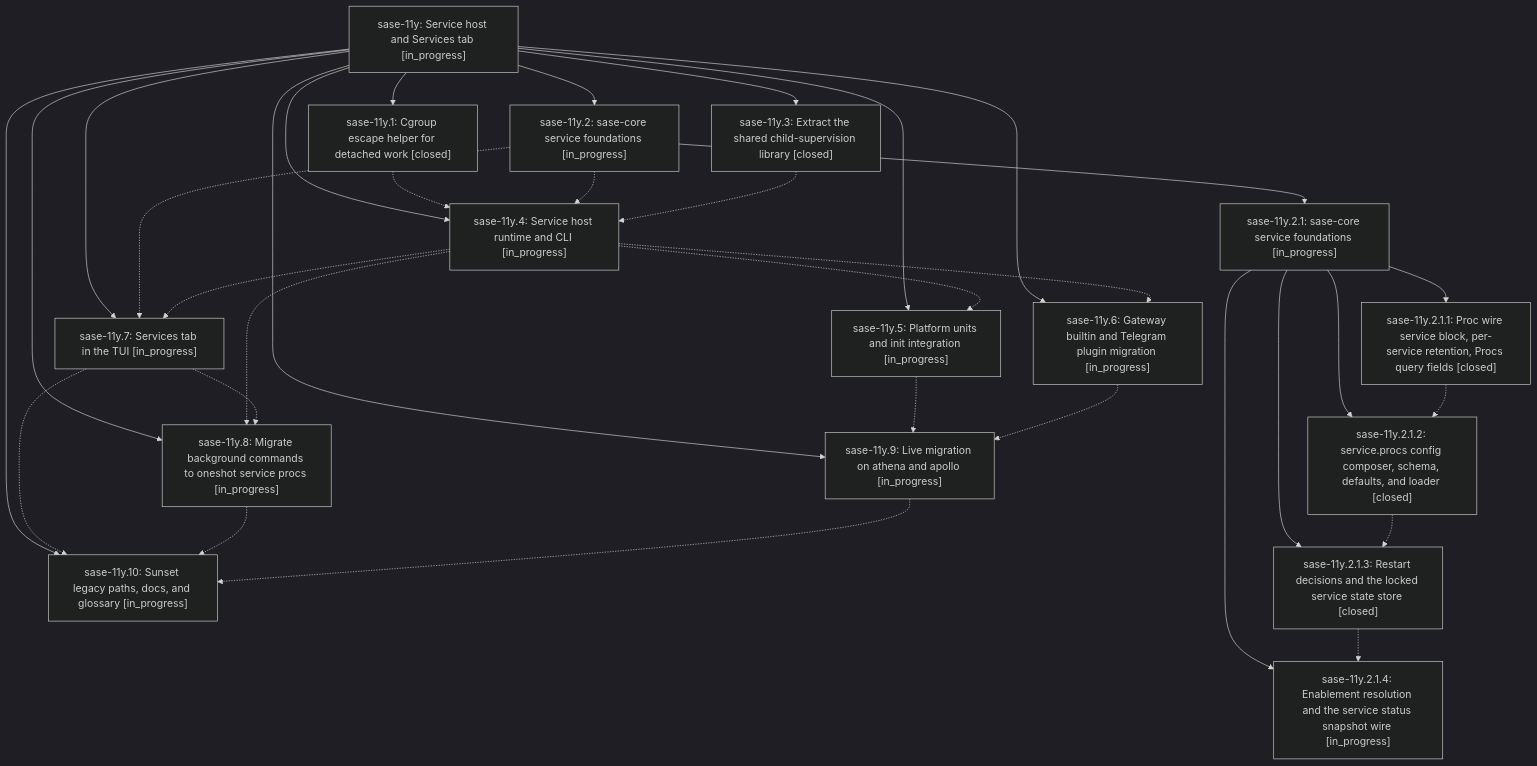
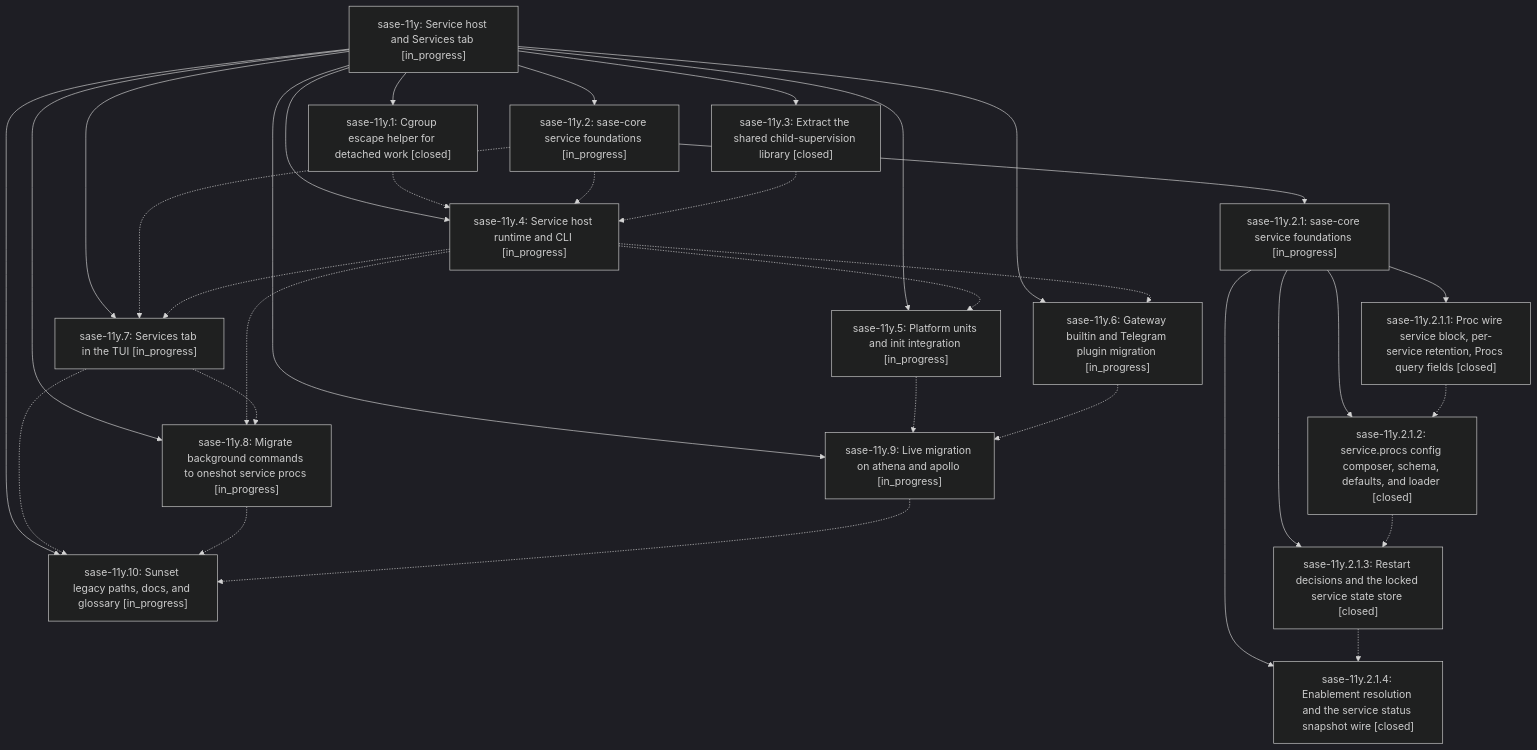
One commit to sase-org/sase--beads changed the diagram in pages/sase-11y/README.md. Above: the diagram before and after it, drawn with Mermaid (dark theme). The commit also changed other lines of this file and 2 other files, not shown here.

First line of the commit message:
chore(beads): sync bead state and pages for sase-11y

````diff
--- a/pages/sase-11y/README.md
+++ b/pages/sase-11y/README.md
@@ -43,51 +43,51 @@
 ```mermaid
 flowchart TD
     n0["sase-11y: Service host and Services tab [in_progress]"]
     n1["sase-11y.1: Cgroup escape helper for detached work [closed]"]
     n2["sase-11y.10: Sunset legacy paths, docs, and glossary [in_progress]"]
     n3["sase-11y.2: sase-core service foundations [in_progress]"]
     n4["sase-11y.2.1: sase-core service foundations [in_progress]"]
     n5["sase-11y.2.1.1: Proc wire service block, per-service retention, Procs query fields [closed]"]
     n6["sase-11y.2.1.2: service.procs config composer, schema, defaults, and loader [closed]"]
     n7["sase-11y.2.1.3: Restart decisions and the locked service state store [closed]"]
-    n8["sase-11y.2.1.4: Enablement resolution and the service status snapshot wire [in_progress]"]
+    n8["sase-11y.2.1.4: Enablement resolution and the service status snapshot wire [closed]"]
     n9["sase-11y.3: Extract the shared child-supervision library [closed]"]
     n10["sase-11y.4: Service host runtime and CLI [in_progress]"]
     n11["sase-11y.5: Platform units and init integration [in_progress]"]
     n12["sase-11y.6: Gateway builtin and Telegram plugin migration [in_progress]"]
     n13["sase-11y.7: Services tab in the TUI [in_progress]"]
     n14["sase-11y.8: Migrate background commands to oneshot service procs [in_progress]"]
     n15["sase-11y.9: Live migration on athena and apollo [in_progress]"]
     n0 --> n1
     n0 --> n2
     n0 --> n3
     n3 --> n4
     n4 --> n5
     n4 --> n6
     n4 --> n7
     n4 --> n8
     n0 --> n9
     n0 --> n10
     n0 --> n11
     n0 --> n12
     n0 --> n13
     n0 --> n14
     n0 --> n15
     n1 -.-> n10
     n3 -.-> n10
     n3 -.-> n13
     n5 -.-> n6
     n6 -.-> n7
     n7 -.-> n8
     n9 -.-> n10
     n10 -.-> n11
     n10 -.-> n12
     n10 -.-> n13
     n10 -.-> n14
     n11 -.-> n15
     n12 -.-> n15
     n13 -.-> n2
     n13 -.-> n14
     n14 -.-> n2
     n15 -.-> n2
 ```
````
